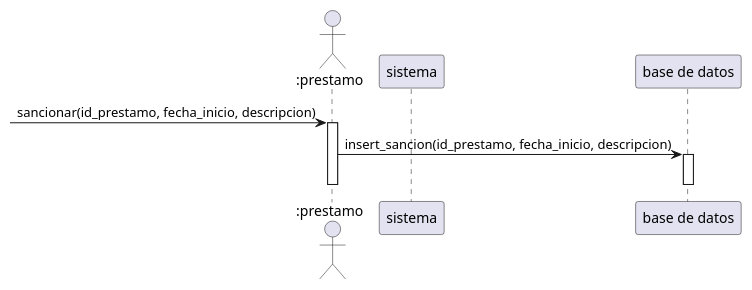
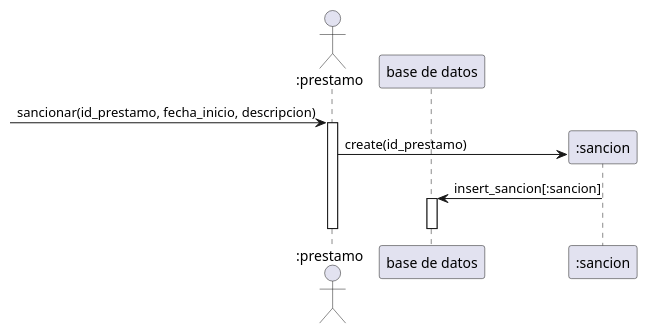
One commit to RubenE107/diagramas-de-dise-o-uml changed the diagram in Interacion3/SacionarLector.puml. Above: the diagram before and after it, drawn with PlantUML. The commit also changed 1 other file, not shown here.

```diff
--- a/Interacion3/SacionarLector.puml
+++ b/Interacion3/SacionarLector.puml
@@ -1,37 +1,37 @@
 @startuml
 
 actor ":prestamo" as p
-participant "sistema" as s
 participant "base de datos" as bd
 
 
 -> p: sancionar(id_prestamo, fecha_inicio, descripcion)
 activate p
-
-p->bd:insert_sancion(id_prestamo, fecha_inicio, descripcion)
+create ":sancion" as s
+p->s: create(id_prestamo)
+s->bd:insert_sancion[:sancion]
 activate bd
 deactivate p
 deactivate bd
 
 
 
 ' u -> s: iniciarSesion(correo, contraseña)
 ' activate s
 ' u -> s: verUsuario(idUsuario)
 ' activate s
 ' u -> s: pulsa el boton agregar Sancion
 ' s -> s: verificar si el usuario tiene sanciones
 ' group si tiene sanciones
 ' s -> s: mensaje("El usuario ya tiene sanciones")
 ' end
 ' s -> s: mostrar formulario para agregar sancion y el tipo de sancion
 ' u -> s: llenar formulario
 ' u -> s: pulsa el boton agregar
 ' s -> bd: actualiza informacion 
 ' activate bd
 ' deactivate bd
 ' s -> u: mostrar mensaje de que se agrego la sancion
 
 ' deactivate s
 
 @enduml
```
